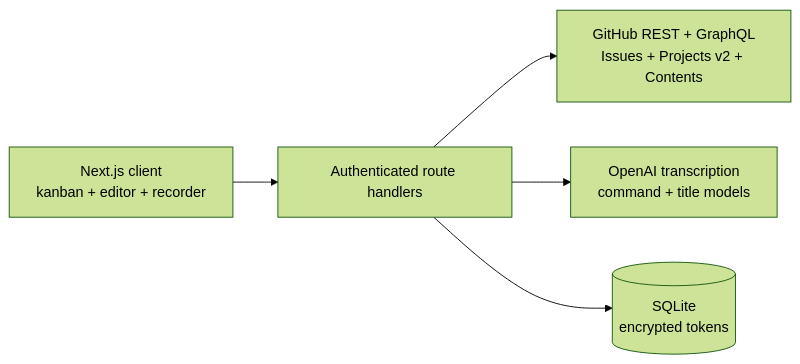
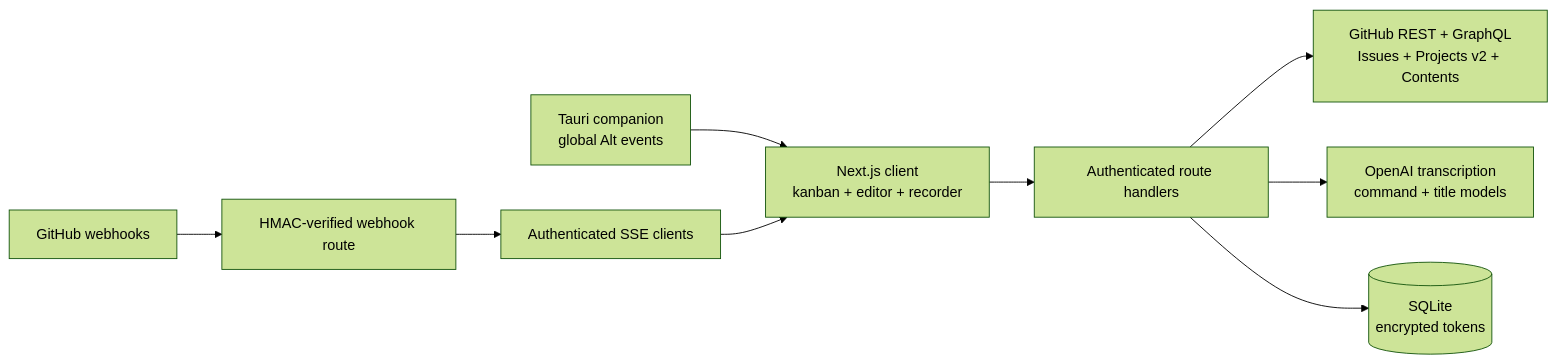
The diagram in README-UA.md (AgencyAI-one/GIT_Master), drawn with Mermaid (forest theme) before and after one commit. The commit also changed other lines of this file and 99 other files, not shown here.

````diff
--- a/README-UA.md
+++ b/README-UA.md
@@ -204,7 +325,11 @@
 ```mermaid
 flowchart LR
   Browser[Next.js client\nkanban + editor + recorder] --> API[Authenticated route handlers]
+  Desktop[Tauri companion\nglobal Alt events] --> Browser
+  GitHubHook[GitHub webhooks] --> Hook[HMAC-verified webhook route]
+  Hook --> SSE[Authenticated SSE clients]
+  SSE --> Browser
   API --> GitHub[GitHub REST + GraphQL\nIssues + Projects v2 + Contents]
   API --> Voice[OpenAI transcription\ncommand + title models]
   API --> SQLite[(SQLite\nencrypted tokens)]
 ```
````
